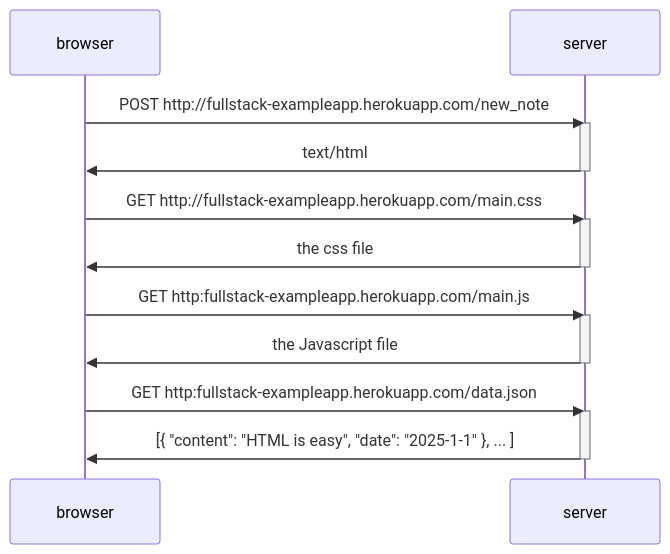
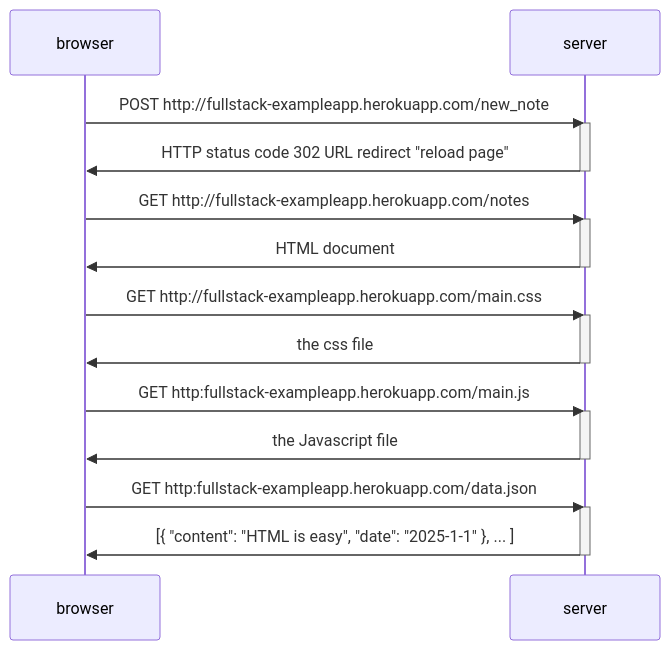
The diagram in README.md (sharifhashim/FullStackOpen), drawn with Mermaid before and after one commit.

Commit message:
complete diagram

````diff
--- a/README.md
+++ b/README.md
@@ -3,25 +3,30 @@
 ```mermaid
 sequenceDiagram
     participant browser
     participant server
 
     browser->>server: POST http://fullstack-exampleapp.herokuapp.com/new_note
     activate server
-    server->>browser: text/html
+    server->>browser: HTTP status code 302 URL redirect "reload page"
+    deactivate server
+
+    browser->>server: GET http://fullstack-exampleapp.herokuapp.com/notes
+    activate server
+    server->>browser: HTML document
     deactivate server
 
     browser->>server: GET http://fullstack-exampleapp.herokuapp.com/main.css
     activate server
     server->>browser: the css file
     deactivate server
 
     browser->>server: GET http:fullstack-exampleapp.herokuapp.com/main.js
     activate server
     server->>browser: the Javascript file
     deactivate server
 
     browser->>server: GET http:fullstack-exampleapp.herokuapp.com/data.json
     activate server
     server->>browser: [{ "content": "HTML is easy", "date": "2025-1-1" }, ... ]
     deactivate server
 ```
````
